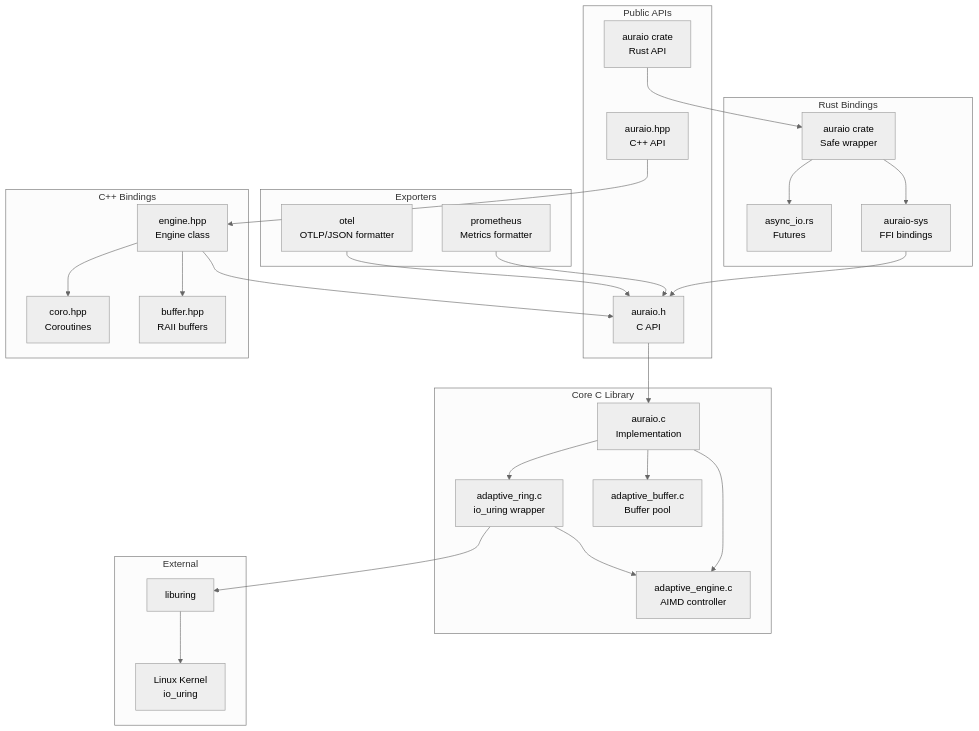
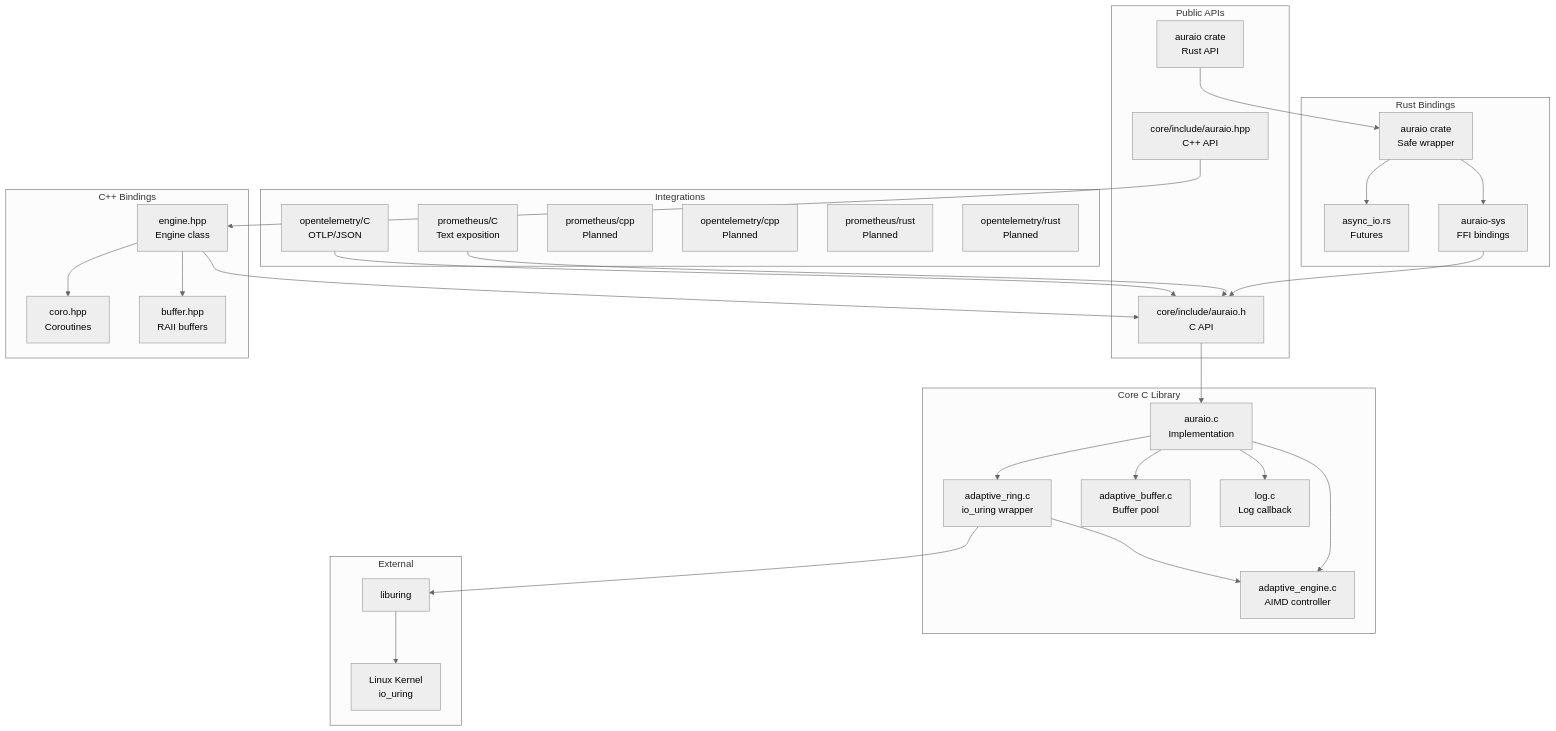
One commit to Par-B/AuraIO changed the first of 5 diagrams in docs/CODEBASE_MAP.md. Above: the diagram before and after it, drawn with Mermaid (neutral theme). The commit also changed other lines of this file and 73 other files, not shown here.

````diff
--- a/docs/CODEBASE_MAP.md
+++ b/docs/CODEBASE_MAP.md
@@ -15,55 +15,61 @@
 ```mermaid
 graph TB
     subgraph "Public APIs"
-        CAPI[auraio.h<br/>C API]
-        CPPAPI[auraio.hpp<br/>C++ API]
+        CAPI[core/include/auraio.h<br/>C API]
+        CPPAPI[core/include/auraio.hpp<br/>C++ API]
         RustAPI[auraio crate<br/>Rust API]
     end
 
     subgraph "C++ Bindings"
         Engine[engine.hpp<br/>Engine class]
         Coro[coro.hpp<br/>Coroutines]
         CppBuf[buffer.hpp<br/>RAII buffers]
     end
 
     subgraph "Rust Bindings"
         RustSafe[auraio crate<br/>Safe wrapper]
         RustAsync[async_io.rs<br/>Futures]
         RustSys[auraio-sys<br/>FFI bindings]
     end
 
-    subgraph "Exporters"
-        Prom[prometheus<br/>Metrics formatter]
-        OTel[otel<br/>OTLP/JSON formatter]
+    subgraph "Integrations"
+        Prom[prometheus/C<br/>Text exposition]
+        OTel[opentelemetry/C<br/>OTLP/JSON]
+        PromCpp[prometheus/cpp<br/>Planned]
+        OTelCpp[opentelemetry/cpp<br/>Planned]
+        PromRust[prometheus/rust<br/>Planned]
+        OTelRust[opentelemetry/rust<br/>Planned]
     end
 
     subgraph "Core C Library"
         Impl[auraio.c<br/>Implementation]
         Ring[adaptive_ring.c<br/>io_uring wrapper]
         Adaptive[adaptive_engine.c<br/>AIMD controller]
         BufPool[adaptive_buffer.c<br/>Buffer pool]
+        Log[log.c<br/>Log callback]
     end
 
     subgraph "External"
         liburing[liburing]
         Kernel[Linux Kernel<br/>io_uring]
     end
 
     CPPAPI --> Engine
     Engine --> Coro
     Engine --> CppBuf
     Engine --> CAPI
     RustAPI --> RustSafe
     RustSafe --> RustAsync
     RustSafe --> RustSys
     RustSys --> CAPI
     Prom --> CAPI
     OTel --> CAPI
     CAPI --> Impl
     Impl --> Ring
     Impl --> Adaptive
     Impl --> BufPool
+    Impl --> Log
     Ring --> Adaptive
     Ring --> liburing
     liburing --> Kernel
 ```
````
